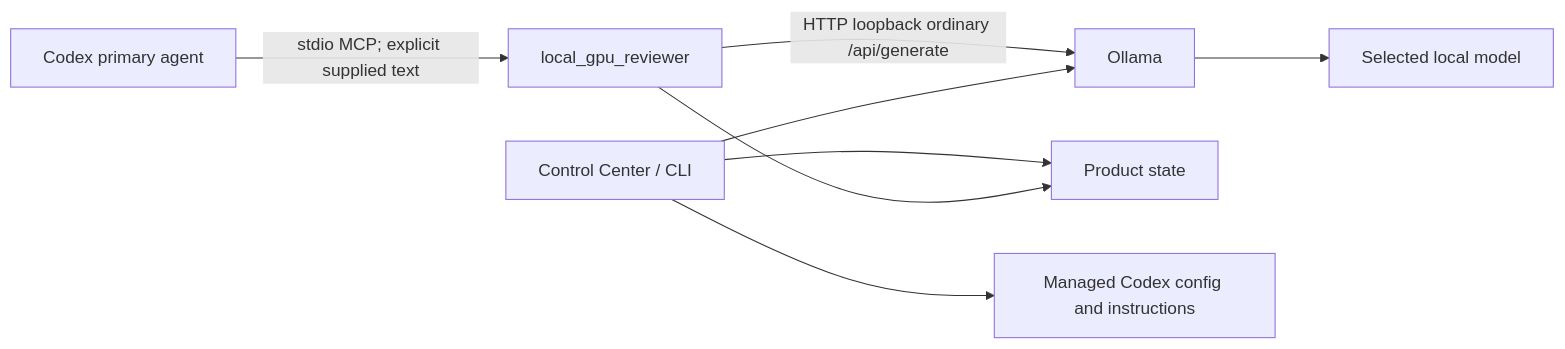
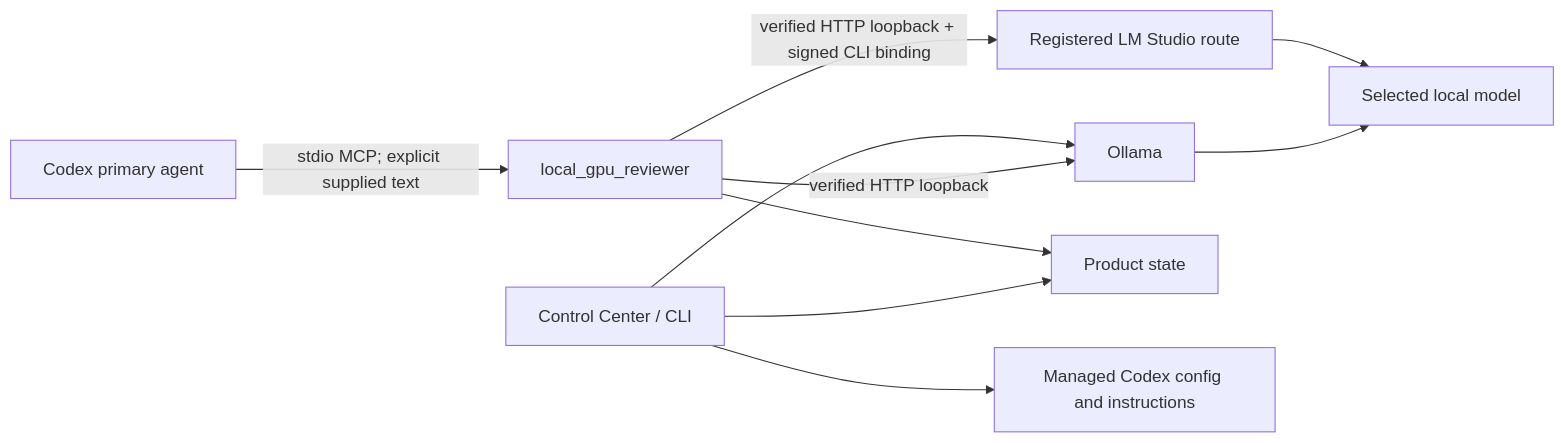
One commit to rennavationstudios-bit/codex-gpu-thalen-helper changed the diagram in docs/architecture.md. Above: the diagram before and after it, drawn with Mermaid. The commit also changed other lines of this file and 21 other files, not shown here.

````diff
--- a/docs/architecture.md
+++ b/docs/architecture.md
@@ -5,10 +5,12 @@
 ```mermaid
 flowchart LR
   C["Codex primary agent"] -->|"stdio MCP; explicit supplied text"| M["local_gpu_reviewer"]
-  M -->|"HTTP loopback ordinary /api/generate"| O["Ollama"]
+  M -->|"verified HTTP loopback"| O["Ollama"]
+  M -->|"verified HTTP loopback + signed CLI binding"| LM["Registered LM Studio route"]
   O --> L["Selected local model"]
+  LM --> L
   U["Control Center / CLI"] --> S["Product state"]
   U --> Cfg["Managed Codex config and instructions"]
   U --> O
   M --> S
 ```
````
